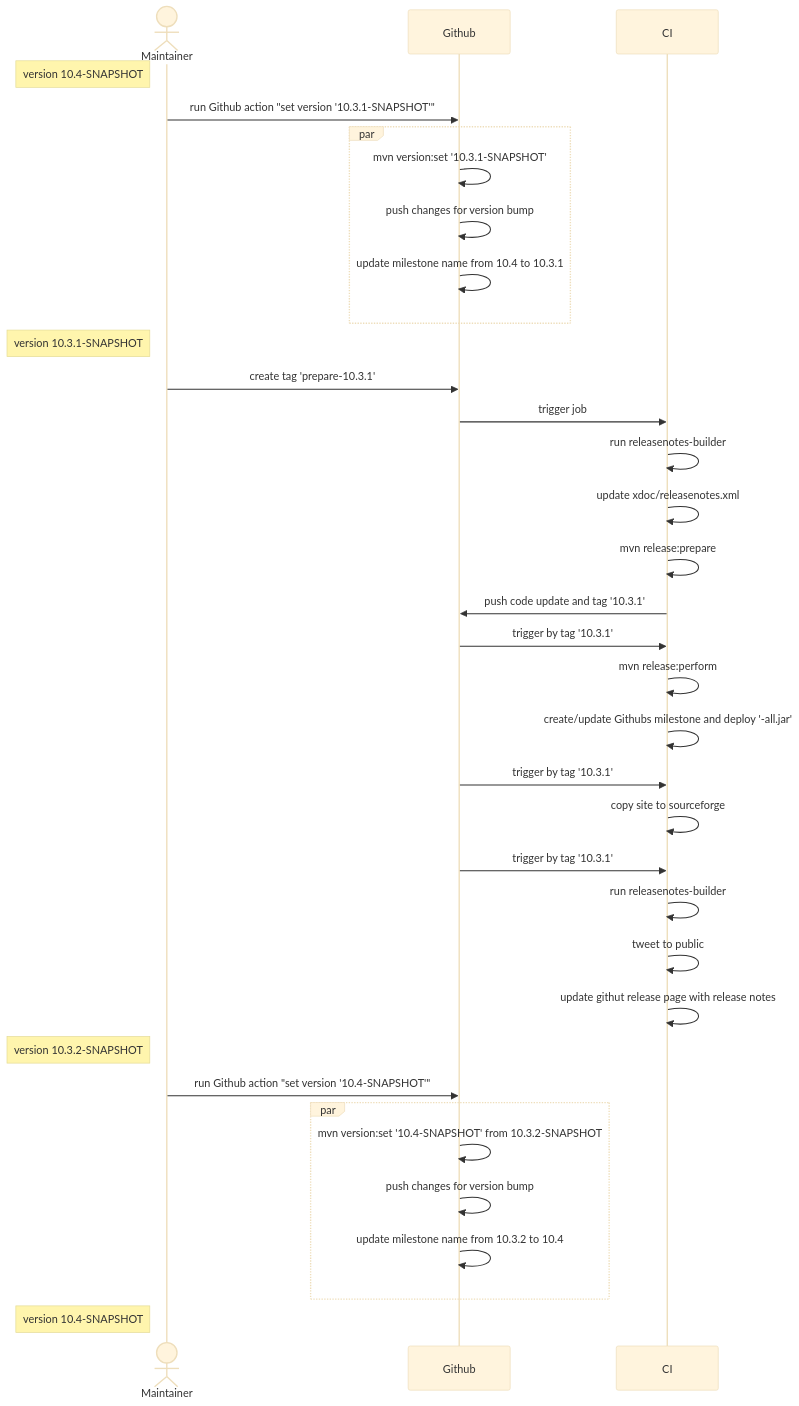
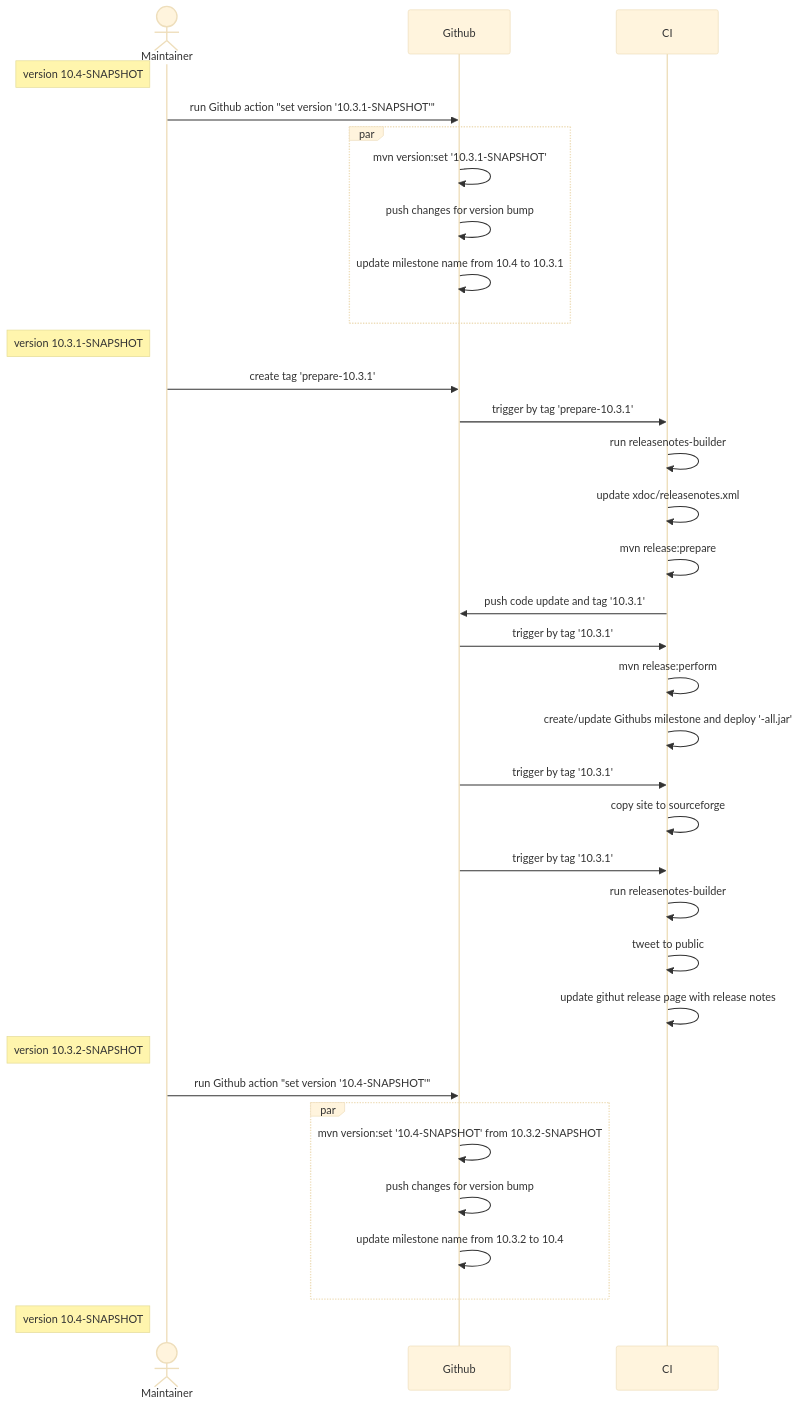
Before and after one commit to checkstyle/contribution: the diagram in releasenotes-builder/diagrams.md, drawn with Mermaid (base theme).

Commit message:
doc: sequence diag - update tag

````diff
--- a/releasenotes-builder/diagrams.md
+++ b/releasenotes-builder/diagrams.md
@@ -5,43 +5,44 @@
 ```mermaid
 sequenceDiagram
     actor Maintainer
     participant Github
     participant CI
     
     Note left of Maintainer: version 10.4-SNAPSHOT
     Maintainer->>Github: run Github action "set version '10.3.1-SNAPSHOT'"
     par
         Github->>Github: mvn version:set '10.3.1-SNAPSHOT'
         Github->>Github: push changes for version bump
         Github->>Github: update milestone name from 10.4 to 10.3.1
     end
     
     Note left of Maintainer: version 10.3.1-SNAPSHOT
     Maintainer->>Github: create tag 'prepare-10.3.1'
-    Github->>CI: trigger job
+    
+    Github->>CI: trigger by tag 'prepare-10.3.1'
     CI->>CI: run releasenotes-builder
     CI->>CI: update xdoc/releasenotes.xml
     CI->>CI: mvn release:prepare
     CI->>Github: push code update and tag '10.3.1'
 
     Github->>CI: trigger by tag '10.3.1'
     CI->>CI: mvn release:perform
     CI->>CI: create/update Githubs milestone and deploy '-all.jar'
     
     Github->>CI: trigger by tag '10.3.1'
     CI->>CI: copy site to sourceforge
 
     Github->>CI: trigger by tag '10.3.1'
     CI->>CI: run releasenotes-builder
     CI->>CI: tweet to public
     CI->>CI: update githut release page with release notes
 
     Note left of Maintainer: version 10.3.2-SNAPSHOT
     Maintainer->>Github: run Github action "set version '10.4-SNAPSHOT'"
     par
         Github->>Github: mvn version:set '10.4-SNAPSHOT' from 10.3.2-SNAPSHOT
         Github->>Github: push changes for version bump
         Github->>Github: update milestone name from 10.3.2 to 10.4
     end
     Note left of Maintainer: version 10.4-SNAPSHOT
 ```
````
